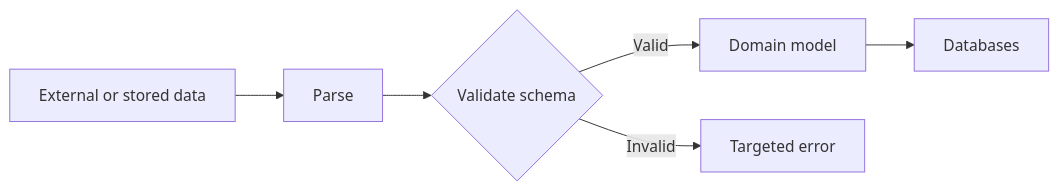
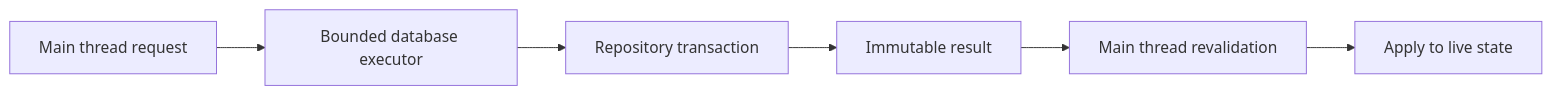
One commit to rwov/bukkit-docs changed the diagram in data/databases.mdx. Above: the diagram before and after it, drawn with Mermaid. The commit also changed other lines of this file and 104 other files, not shown here.

````diff
--- a/data/databases.mdx
+++ b/data/databases.mdx
@@ -14,8 +34,8 @@
 ```mermaid
 flowchart LR
-  A["External or stored data"] --> B["Parse"]
-  B --> C{"Validate schema"}
-  C -->|Valid| D["Domain model"]
-  C -->|Invalid| E["Targeted error"]
-  D --> F["Databases"]
+  A["Main thread request"] --> B["Bounded database executor"]
+  B --> C["Repository transaction"]
+  C --> D["Immutable result"]
+  D --> E["Main thread revalidation"]
+  E --> F["Apply to live state"]
 ```
````
